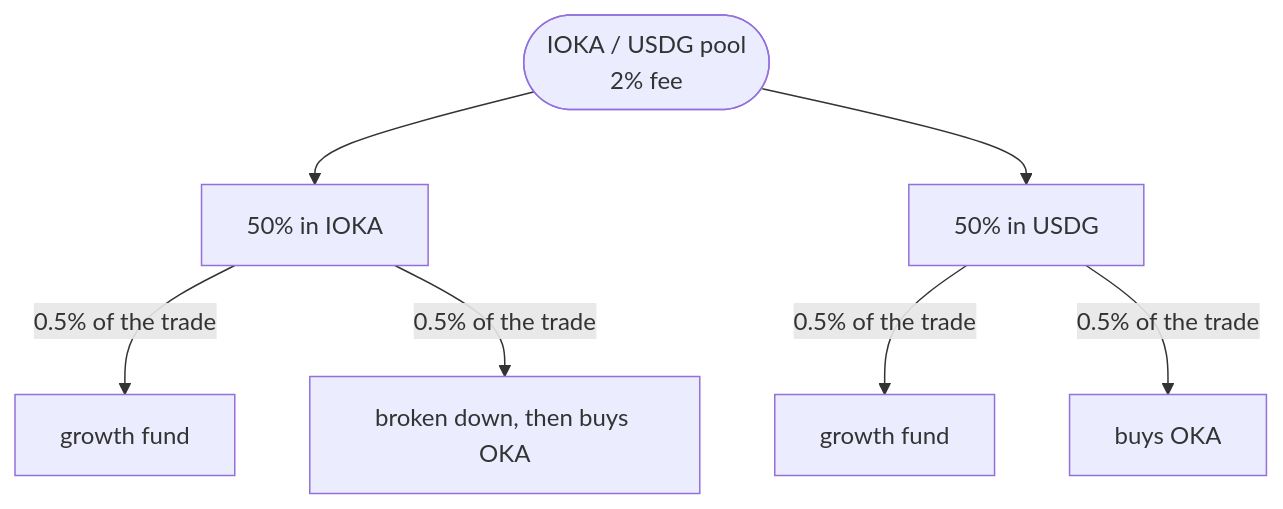
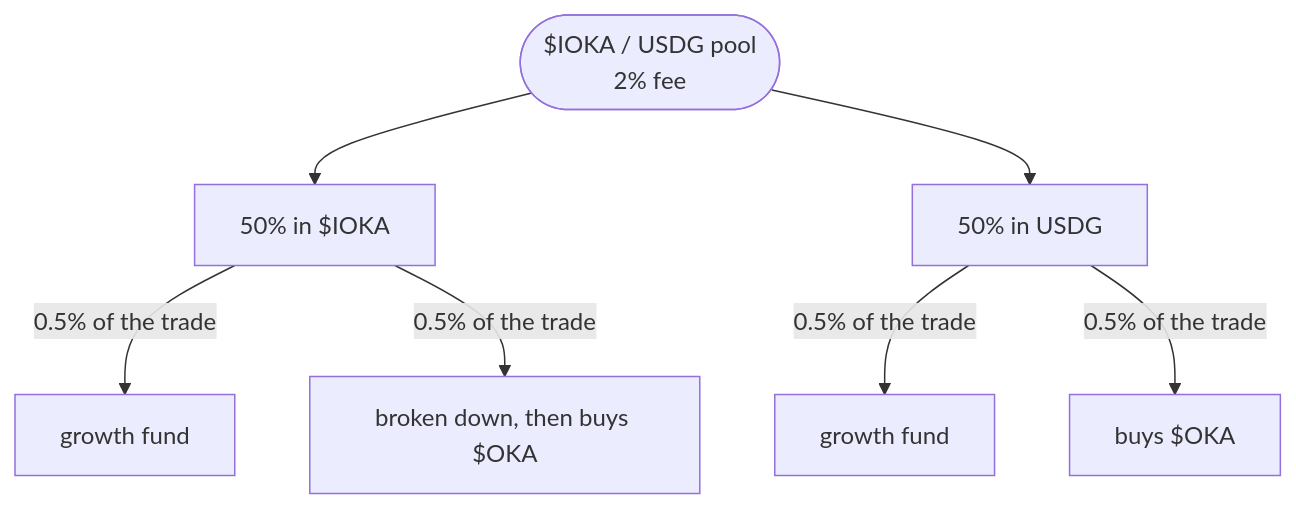
One commit to 8digitsLabs/docs changed the third of 3 diagrams in concepts/tokens.mdx. Above: the diagram before and after it, drawn with Mermaid. The commit also changed other lines of this file, not shown here.

````diff
--- a/concepts/tokens.mdx
+++ b/concepts/tokens.mdx
@@ -84,9 +84,9 @@
 ```mermaid
 flowchart TB
-  FEE(["IOKA / USDG pool<br/>2% fee"]) --> IOKA["50% in IOKA"]
+  FEE(["$IOKA / USDG pool<br/>2% fee"]) --> IOKA["50% in $IOKA"]
   FEE --> USDG["50% in USDG"]
   IOKA -->|"0.5% of the trade"| GF1["growth fund"]
-  IOKA -->|"0.5% of the trade"| BB1["broken down, then buys OKA"]
+  IOKA -->|"0.5% of the trade"| BB1["broken down, then buys $OKA"]
   USDG -->|"0.5% of the trade"| GF2["growth fund"]
-  USDG -->|"0.5% of the trade"| BB2["buys OKA"]
+  USDG -->|"0.5% of the trade"| BB2["buys $OKA"]
 ```
````
